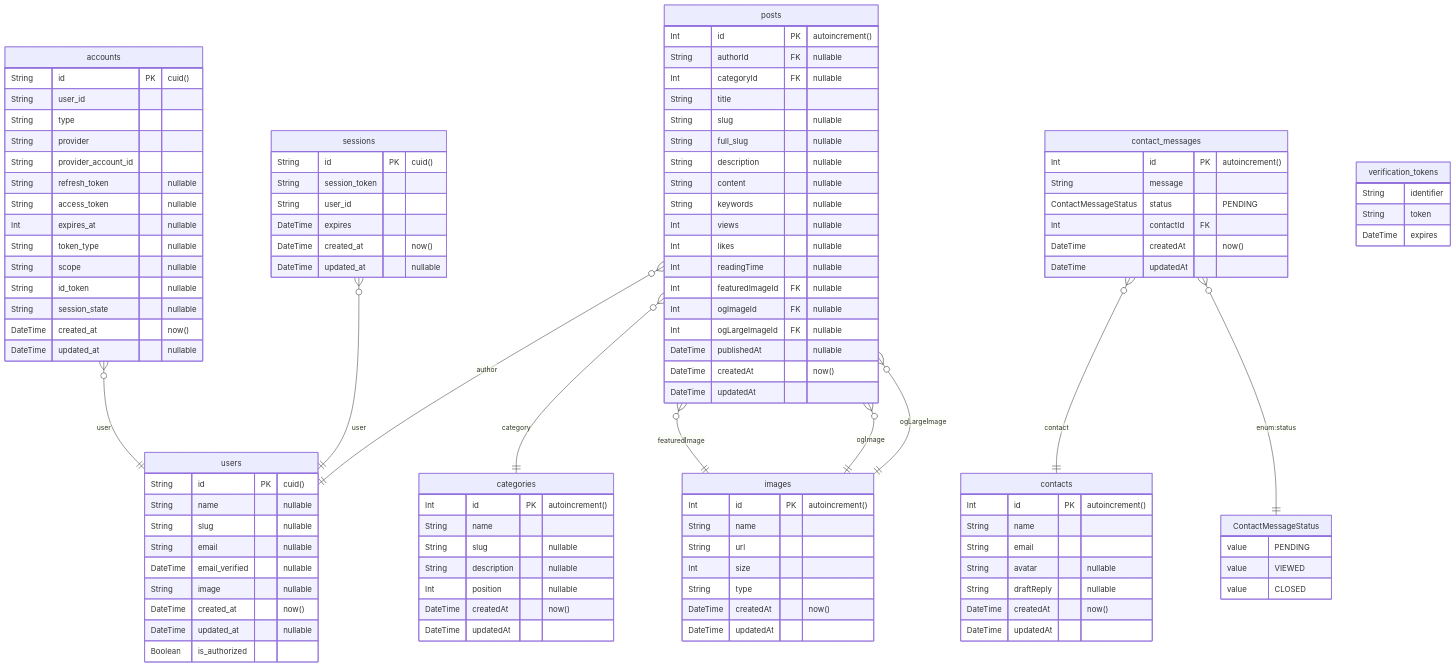
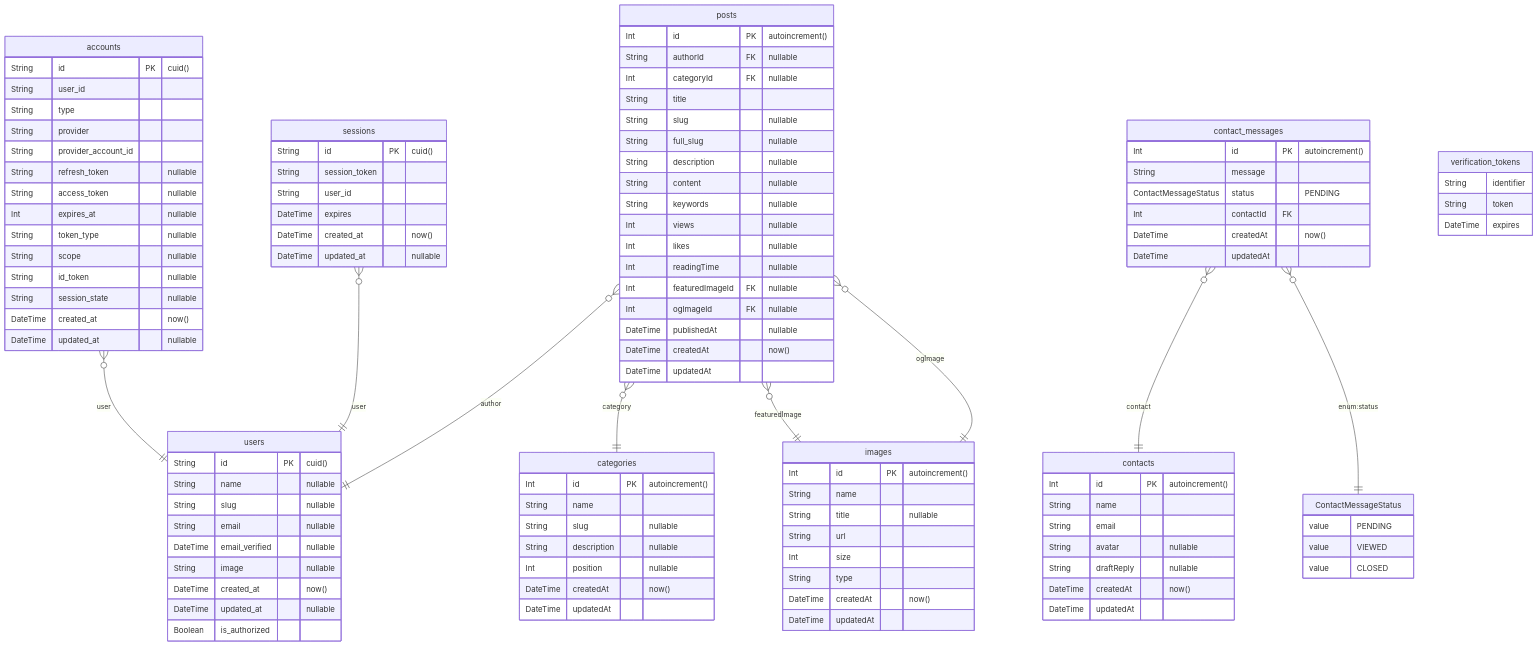
Before and after one commit to boleknowak/piotrdoniak.com: the diagram in prisma/ERD.md, drawn with Mermaid. The commit also changed 2 other files, not shown here.

Commit message:
:tada: updated db

```diff
--- a/prisma/ERD.md
+++ b/prisma/ERD.md
@@ -8,6 +8,7 @@
 	images {
 		Int id PK  "autoincrement()"
 		String name
+		String title  "nullable"
 		String url
 		Int size
 		String type
@@ -29,7 +30,6 @@
 		Int readingTime  "nullable"
 		Int featuredImageId FK  "nullable"
 		Int ogImageId FK  "nullable"
-		Int ogLargeImageId FK  "nullable"
 		DateTime publishedAt  "nullable"
 		DateTime createdAt  "now()"
 		DateTime updatedAt
@@ -104,7 +104,6 @@
 	posts }o--|| categories : category
 	posts }o--|| images : featuredImage
 	posts }o--|| images : ogImage
-	posts }o--|| images : ogLargeImage
 	contact_messages }o--|| contacts : contact
 	contact_messages }o--|| ContactMessageStatus : "enum:status"
 	accounts }o--|| users : user
```
